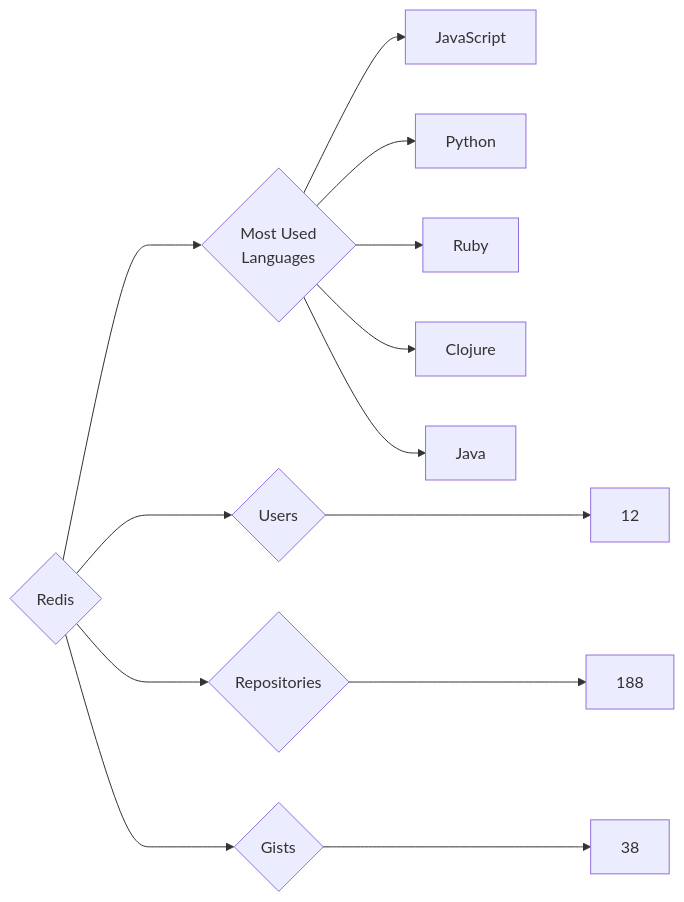
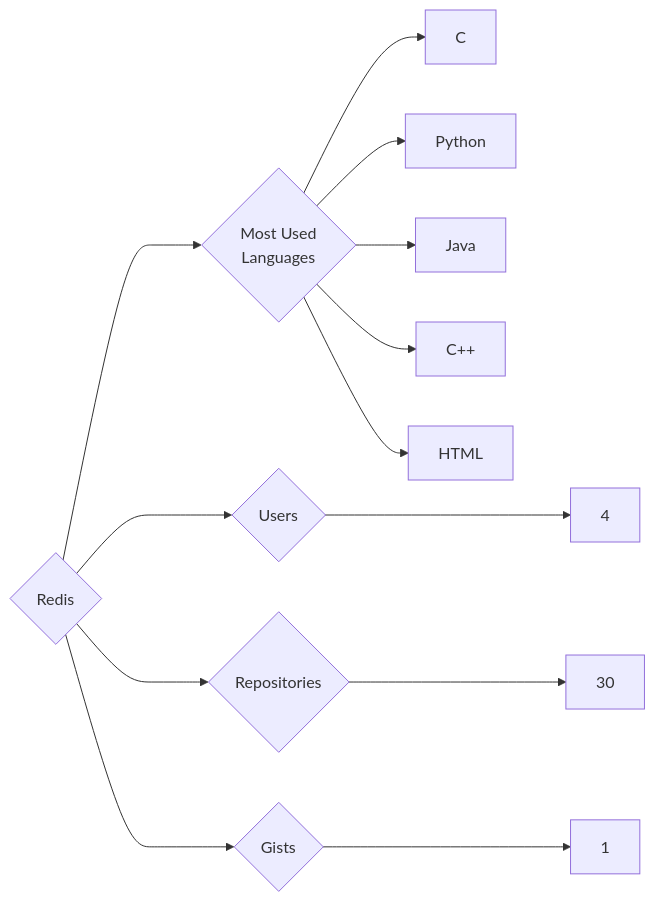
Before and after one commit to trickest/insiders: the diagram in targets/Redis/README.md, drawn with Mermaid. The commit also changed 965 other files, not shown here.

````diff
--- a/targets/Redis/README.md
+++ b/targets/Redis/README.md
@@ -3,13 +3,13 @@
 ```mermaid
 graph LR
 COMPANY_NAME{Redis}
-COMPANY_NAME ---> U{Users} ---> UN[12]
-COMPANY_NAME ---> R{Repositories} ---> RN[188]
-COMPANY_NAME ---> G{Gists} ---> GN[38]
+COMPANY_NAME ---> U{Users} ---> UN[4]
+COMPANY_NAME ---> R{Repositories} ---> RN[30]
+COMPANY_NAME ---> G{Gists} ---> GN[1]
 COMPANY_NAME ---> ML{Most Used<br>Languages}
-ML --> JavaScript[JavaScript]
+ML --> C[C]
 ML --> Python[Python]
-ML --> Ruby[Ruby]
-ML --> Clojure[Clojure]
 ML --> Java[Java]
+ML --> C++[C++]
+ML --> HTML[HTML]
 ```
````
